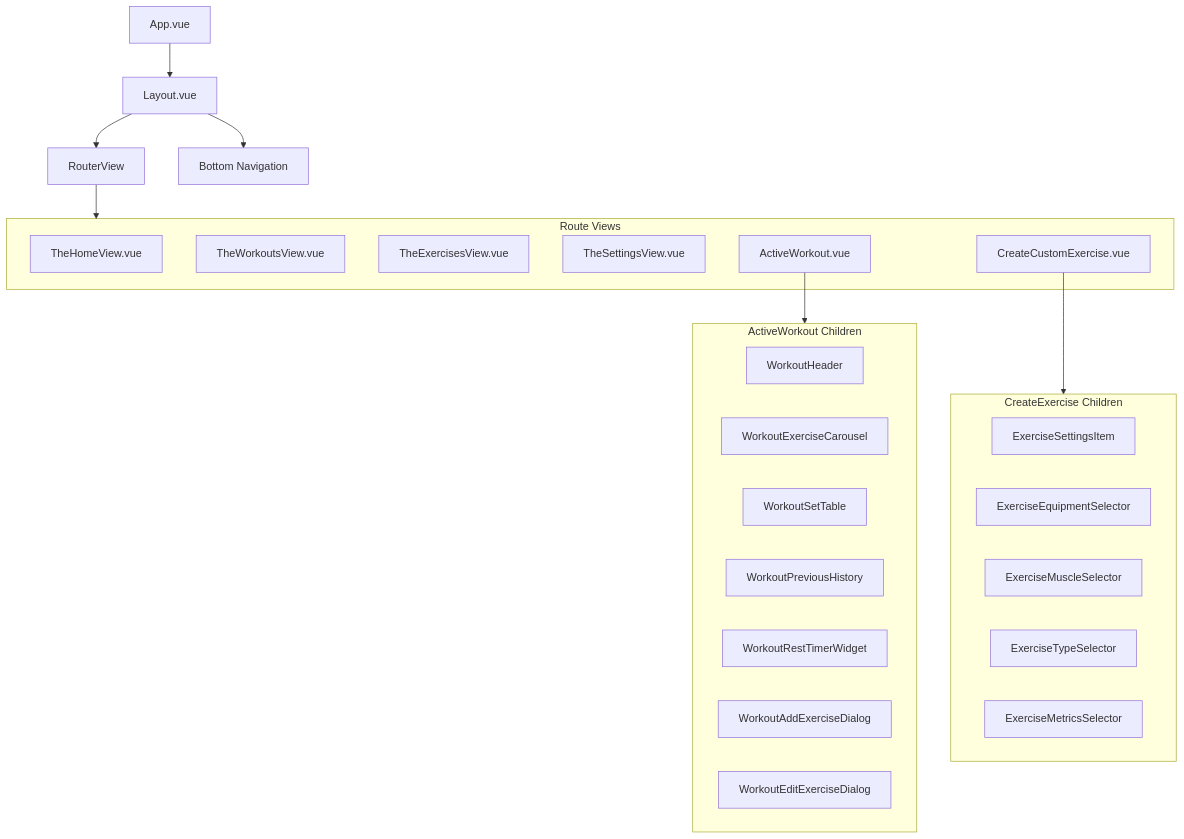
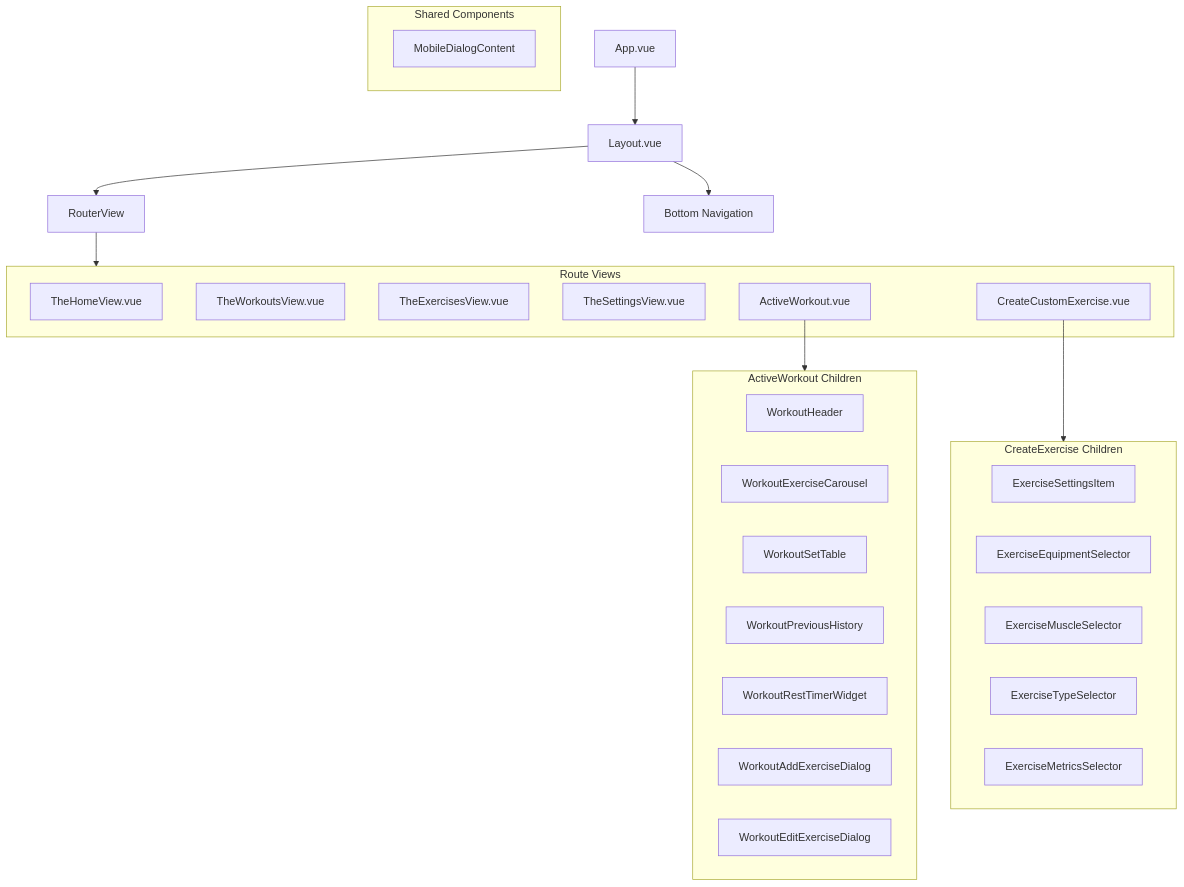
The diagram in CLAUDE.md (alexanderop/workoutTracker), drawn with Mermaid before and after one commit. The commit also changed 21 other files, not shown here.

````diff
--- a/CLAUDE.md
+++ b/CLAUDE.md
@@ -97,40 +97,44 @@
 ```mermaid
 flowchart TD
     App["App.vue"] --> Layout["Layout.vue"]
 
     Layout --> RouterView["RouterView"]
     Layout --> BottomNav["Bottom Navigation"]
 
     subgraph Views["Route Views"]
         Home["TheHomeView.vue"]
         Workouts["TheWorkoutsView.vue"]
         Exercises["TheExercisesView.vue"]
         Settings["TheSettingsView.vue"]
         ActiveWorkout["ActiveWorkout.vue"]
         CreateExercise["CreateCustomExercise.vue"]
     end
 
     RouterView --> Views
 
     subgraph ActiveWorkoutChildren["ActiveWorkout Children"]
         WorkoutHeader["WorkoutHeader"]
         WorkoutExerciseCarousel["WorkoutExerciseCarousel"]
         WorkoutSetTable["WorkoutSetTable"]
         WorkoutPreviousHistory["WorkoutPreviousHistory"]
         WorkoutRestTimerWidget["WorkoutRestTimerWidget"]
         WorkoutAddExerciseDialog["WorkoutAddExerciseDialog"]
         WorkoutEditExerciseDialog["WorkoutEditExerciseDialog"]
     end
 
     ActiveWorkout --> ActiveWorkoutChildren
 
     subgraph CreateExerciseChildren["CreateExercise Children"]
         ExerciseSettingsItem["ExerciseSettingsItem"]
         ExerciseEquipmentSelector["ExerciseEquipmentSelector"]
         ExerciseMuscleSelector["ExerciseMuscleSelector"]
         ExerciseTypeSelector["ExerciseTypeSelector"]
         ExerciseMetricsSelector["ExerciseMetricsSelector"]
     end
 
     CreateExercise --> CreateExerciseChildren
+
+    subgraph SharedComponents["Shared Components"]
+        MobileDialogContent["MobileDialogContent"]
+    end
 ```
````
